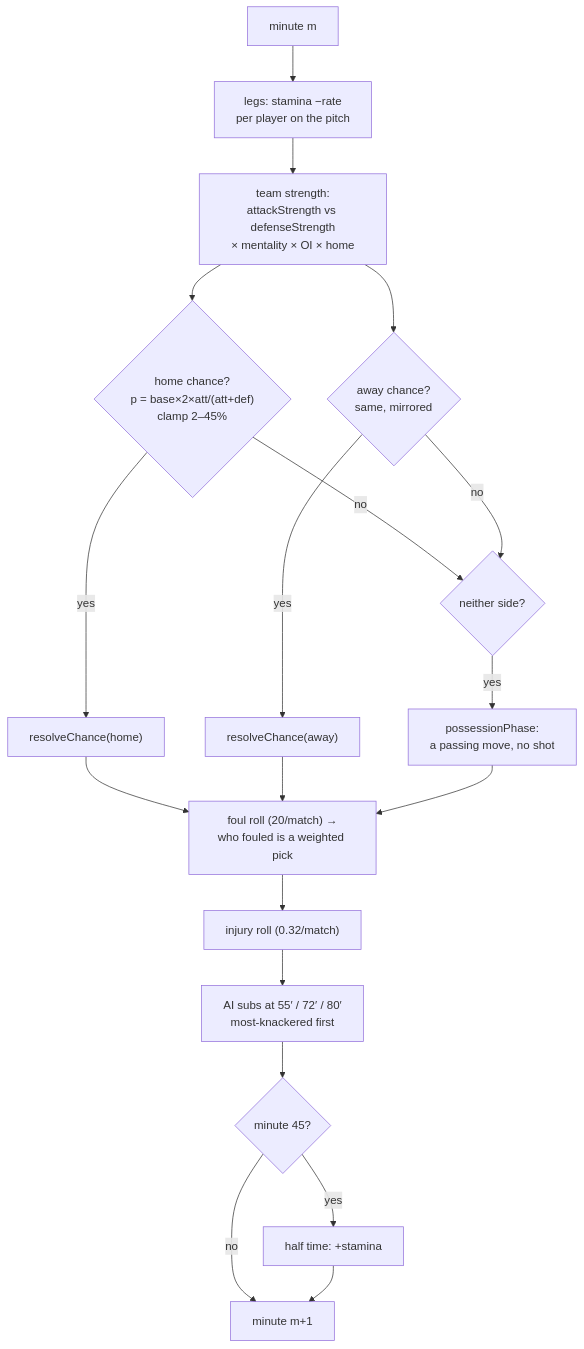
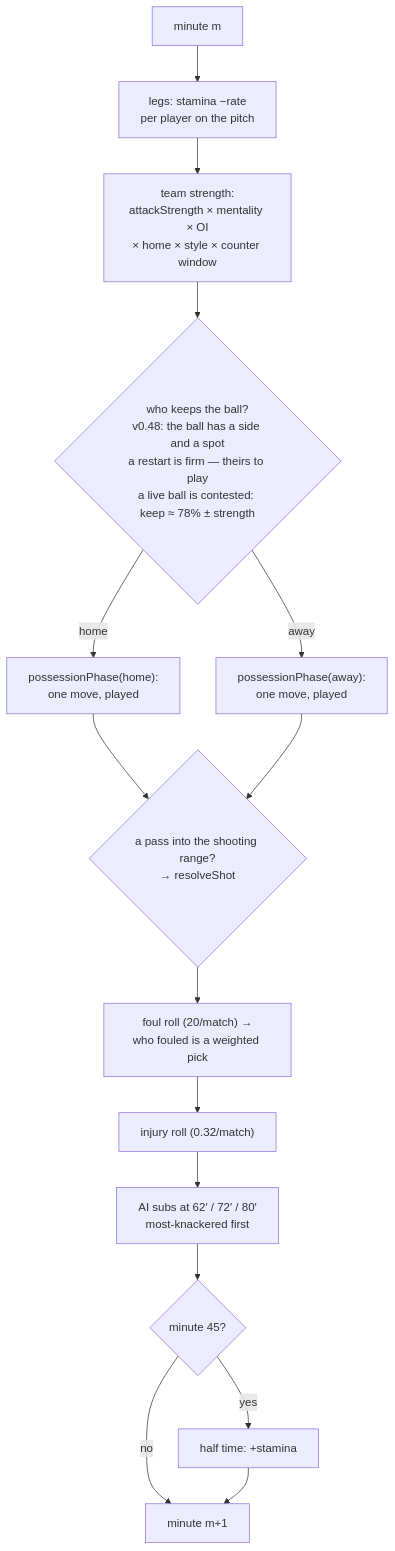
Before and after one commit to JorgeQuijano/football-manager: the second of 8 diagrams in docs/ENGINE-FLOW.md, drawn with Mermaid. The commit also changed other lines of this file and 30 other files, not shown here.

````diff
--- a/docs/ENGINE-FLOW.md
+++ b/docs/ENGINE-FLOW.md
@@ -31,21 +31,17 @@
 ```mermaid
 flowchart TD
   M["minute m"] --> L["legs: stamina −rate<br/>per player on the pitch"]
-  L --> S["team strength:<br/>attackStrength vs defenseStrength<br/>× mentality × OI × home"]
-  S --> H{"home chance?<br/>p = base×2×att/(att+def)<br/>clamp 2–45%"}
-  S --> A{"away chance?<br/>same, mirrored"}
-  H -->|yes| RH["resolveChance(home)"]
-  A -->|yes| RA["resolveChance(away)"]
-  H -->|no| P{"neither side?"}
-  A -->|no| P
-  P -->|yes| PO["possessionPhase:<br/>a passing move, no shot"]
-  RH --> F["foul roll (20/match) →<br/>who fouled is a weighted pick"]
-  RA --> F
-  PO --> F
+  L --> S["team strength:<br/>attackStrength × mentality × OI<br/>× home × style × counter window"]
+  S --> P{"who keeps the ball?<br/>v0.48: the ball has a side and a spot<br/>a restart is firm — theirs to play<br/>a live ball is contested: keep ≈ 78% ± strength"}
+  P -->|home| MOVH["possessionPhase(home):<br/>one move, played"]
+  P -->|away| MOVA["possessionPhase(away):<br/>one move, played"]
+  MOVH --> SHOT{"a pass into the shooting range?<br/>→ resolveShot"}
+  MOVA --> SHOT
+  SHOT --> F["foul roll (20/match) →<br/>who fouled is a weighted pick"]
   F --> I["injury roll (0.32/match)"]
-  I --> SUB["AI subs at 55′ / 72′ / 80′<br/>most-knackered first"]
+  I --> SUB["AI subs at 62′ / 72′ / 80′<br/>most-knackered first"]
   SUB --> HT{"minute 45?"}
   HT -->|yes| BREAK["half time: +stamina"]
   HT -->|no| NEXT["minute m+1"]
   BREAK --> NEXT
 ```
````
